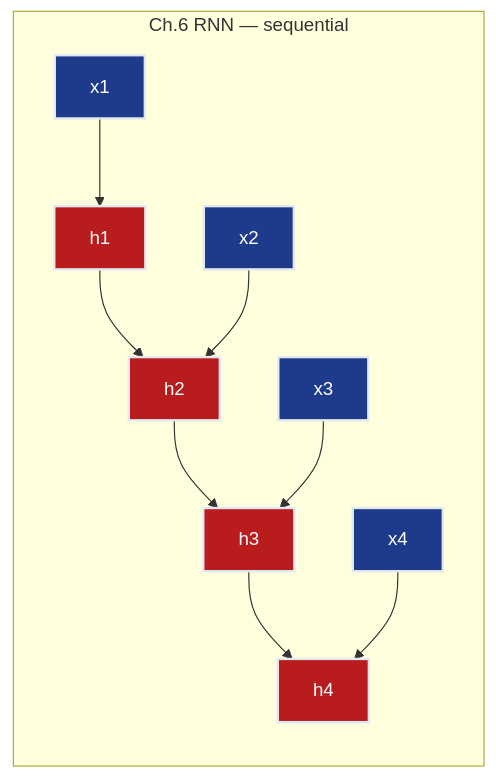
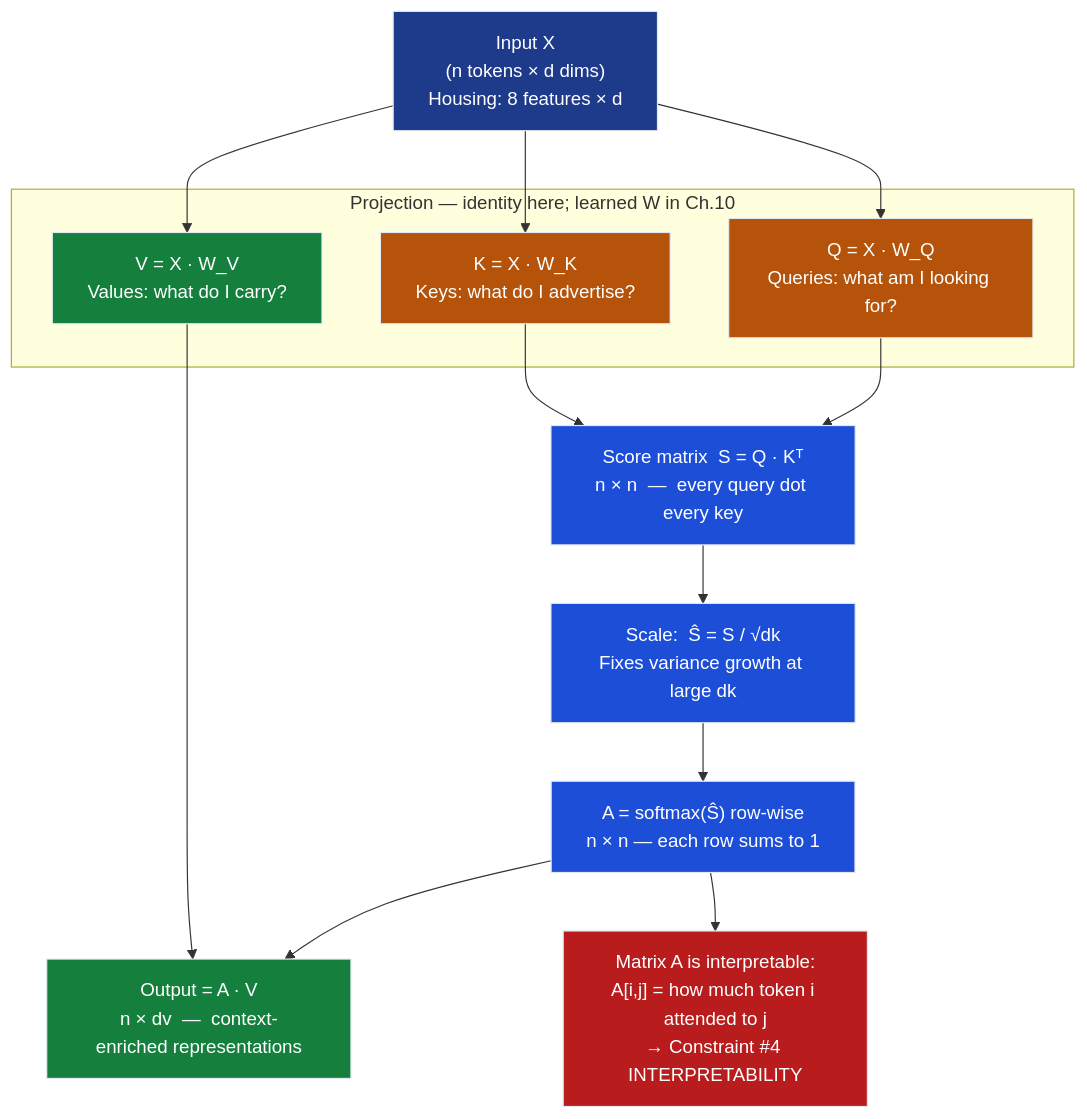
One commit to deepakshamsft/ai-portfolio changed the first of 4 diagrams in notes/01-ml/03_neural_networks/ch09_sequences_to_attention/README.md. Above: the diagram before and after it, drawn with Mermaid. The commit also changed other lines of this file and 727 other files, not shown here.

````diff
--- a/notes/01-ml/03_neural_networks/ch09_sequences_to_attention/README.md
+++ b/notes/01-ml/03_neural_networks/ch09_sequences_to_attention/README.md
@@ -219,18 +470,37 @@
 ```mermaid
-flowchart LR
-    subgraph RNN["Ch.6 RNN — sequential"]
-        X1["x1"] --> H1["h1"] --> H2["h2"] --> H3["h3"] --> H4["h4"]
-        X2["x2"] --> H2
-        X3["x3"] --> H3
-        X4["x4"] --> H4
+flowchart TD
+    INPUT["Input X\n(n tokens × d dims)\nHousing: 8 features × d"]
+
+    subgraph PROJ["Projection  —  identity here; learned W in Ch.10"]
+        Q["Q = X · W_Q\nQueries: what am I looking for?"]
+        K["K = X · W_K\nKeys: what do I advertise?"]
+        V["V = X · W_V\nValues: what do I carry?"]
     end
-    
-    style X1 fill:#1e3a8a,stroke:#e2e8f0,stroke-width:2px,color:#ffffff
-    style X2 fill:#1e3a8a,stroke:#e2e8f0,stroke-width:2px,color:#ffffff
-    style X3 fill:#1e3a8a,stroke:#e2e8f0,stroke-width:2px,color:#ffffff
-    style X4 fill:#1e3a8a,stroke:#e2e8f0,stroke-width:2px,color:#ffffff
-    style H1 fill:#b91c1c,stroke:#e2e8f0,stroke-width:2px,color:#ffffff
-    style H2 fill:#b91c1c,stroke:#e2e8f0,stroke-width:2px,color:#ffffff
-    style H3 fill:#b91c1c,stroke:#e2e8f0,stroke-width:2px,color:#ffffff
-    style H4 fill:#b91c1c,stroke:#e2e8f0,stroke-width:2px,color:#ffffff
+
+    SCORES["Score matrix  S = Q · Kᵀ\nn × n  —  every query dot every key"]
+    SCALE["Scale:  Ŝ = S / √dk\nFixes variance growth at large dk"]
+    SOFTMAX["A = softmax(Ŝ)  row-wise\nn × n  —  each row sums to 1"]
+    OUTPUT["Output = A · V\nn × dv  —  context-enriched representations"]
+    INTERP["Matrix A is interpretable:\nA[i,j] = how much token i attended to j\n→ Constraint #4 INTERPRETABILITY"]
+
+    INPUT --> Q
+    INPUT --> K
+    INPUT --> V
+    Q --> SCORES
+    K --> SCORES
+    SCORES --> SCALE
+    SCALE --> SOFTMAX
+    SOFTMAX --> OUTPUT
+    V --> OUTPUT
+    SOFTMAX --> INTERP
+
+    style INPUT fill:#1e3a8a,stroke:#e2e8f0,color:#ffffff
+    style Q fill:#b45309,stroke:#e2e8f0,color:#ffffff
+    style K fill:#b45309,stroke:#e2e8f0,color:#ffffff
+    style V fill:#15803d,stroke:#e2e8f0,color:#ffffff
+    style SCORES fill:#1d4ed8,stroke:#e2e8f0,color:#ffffff
+    style SCALE fill:#1d4ed8,stroke:#e2e8f0,color:#ffffff
+    style SOFTMAX fill:#1d4ed8,stroke:#e2e8f0,color:#ffffff
+    style OUTPUT fill:#15803d,stroke:#e2e8f0,color:#ffffff
+    style INTERP fill:#b91c1c,stroke:#e2e8f0,color:#ffffff
 ```
````
